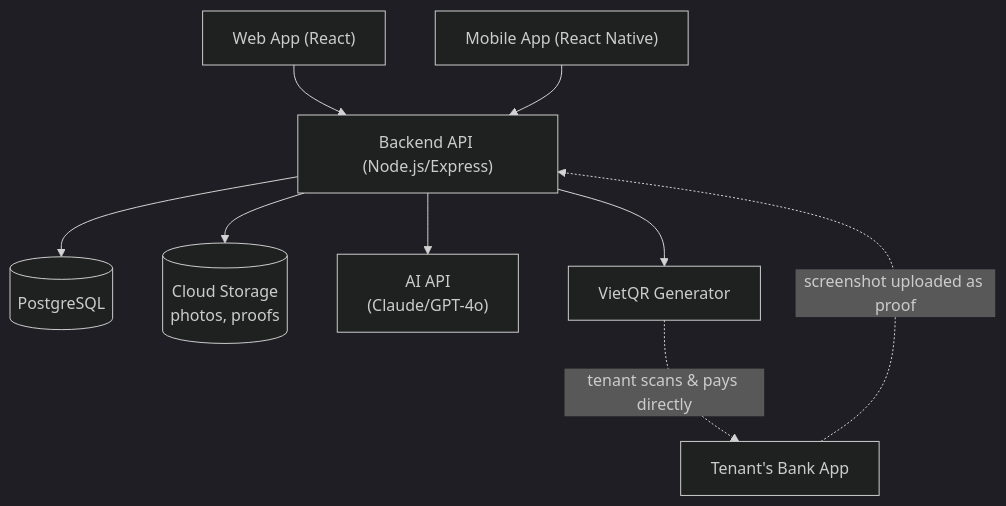
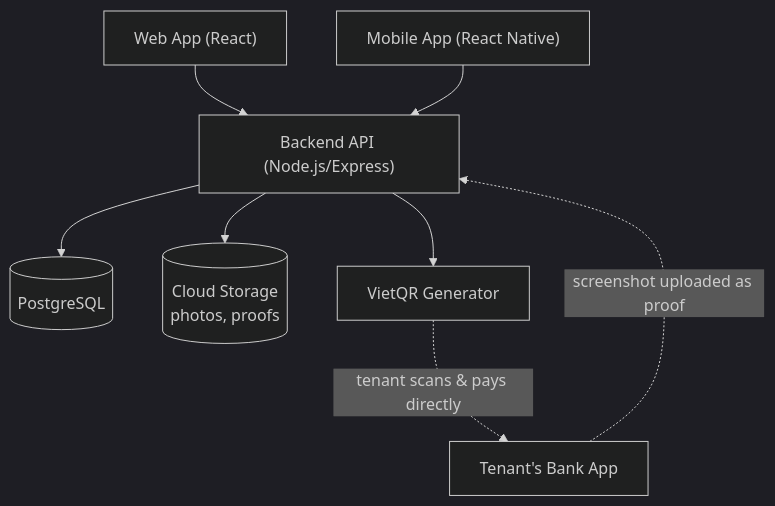
Before and after one commit to thanhdatttt/RoSi-Home: the second of 2 diagrams in docs/architecture.md, drawn with Mermaid (dark theme). The commit also changed other lines of this file, not shown here.

Commit message:
finalize architecture

````diff
--- a/docs/architecture.md
+++ b/docs/architecture.md
@@ -56,11 +56,10 @@
 ```mermaid
 flowchart TB
     WEB["Web App (React)"] --> API["Backend API (Node.js/Express)"]
     MOB["Mobile App (React Native)"] --> API
     API --> DB[("PostgreSQL")]
     API --> STORAGE[("Cloud Storage<br/>photos, proofs")]
-    API --> AI["AI API<br/>(Claude/GPT-4o)"]
     API --> QR["VietQR Generator"]
     QR -.->|tenant scans & pays directly| BANK["Tenant's Bank App"]
     BANK -.->|screenshot uploaded as proof| API
 ```
````
